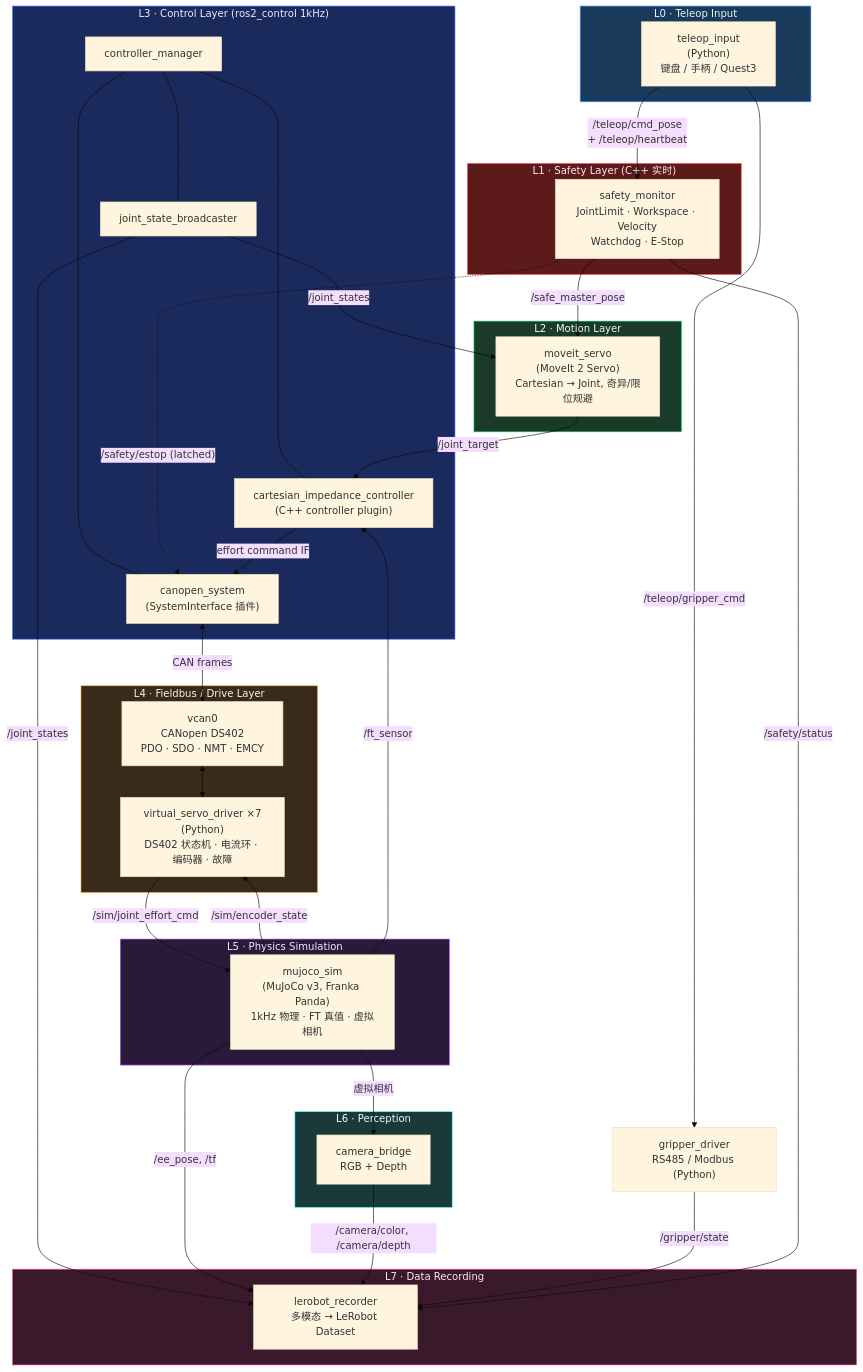
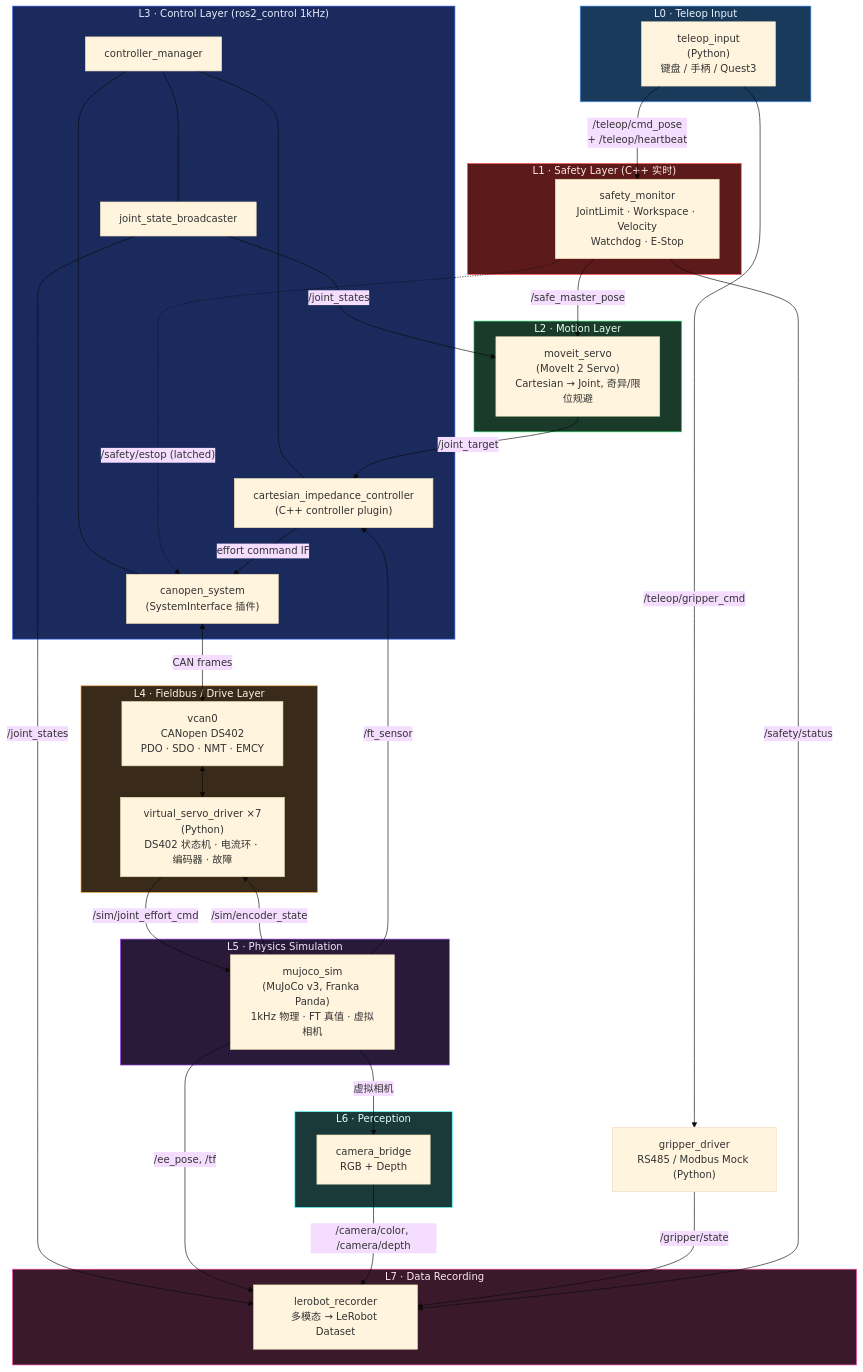
The first of 5 diagrams in docs/ARCHITECTURE_V2.md (inayina/ros2-arm-teleoperation-suite), drawn with Mermaid (base theme) before and after one commit. The commit also changed other lines of this file and 5 other files, not shown here.

````diff
--- a/docs/ARCHITECTURE_V2.md
+++ b/docs/ARCHITECTURE_V2.md
@@ -33,71 +33,71 @@
 ```mermaid
 flowchart TB
     subgraph L0["L0 · Teleop Input"]
         TI["teleop_input<br/>(Python)<br/>键盘 / 手柄 / Quest3"]
     end
 
     subgraph L1["L1 · Safety Layer (C++ 实时)"]
         SM["safety_monitor<br/>JointLimit · Workspace · Velocity<br/>Watchdog · E-Stop"]
     end
 
     subgraph L2["L2 · Motion Layer"]
         SV["moveit_servo<br/>(MoveIt 2 Servo)<br/>Cartesian → Joint, 奇异/限位规避"]
     end
 
     subgraph L3["L3 · Control Layer (ros2_control 1kHz)"]
         CM["controller_manager"]
         IMP["cartesian_impedance_controller<br/>(C++ controller plugin)"]
         JSB["joint_state_broadcaster"]
         HW["canopen_system<br/>(SystemInterface 插件)"]
         CM --- IMP
         CM --- JSB
         CM --- HW
     end
 
     subgraph L4["L4 · Fieldbus / Drive Layer"]
         VCAN["vcan0<br/>CANopen DS402<br/>PDO · SDO · NMT · EMCY"]
         VSD["virtual_servo_driver ×7<br/>(Python)<br/>DS402 状态机 · 电流环 · 编码器 · 故障"]
         VCAN <--> VSD
     end
 
     subgraph L5["L5 · Physics Simulation"]
         MJ["mujoco_sim<br/>(MuJoCo v3, Franka Panda)<br/>1kHz 物理 · FT 真值 · 虚拟相机"]
     end
 
     subgraph L6["L6 · Perception"]
         CAM["camera_bridge<br/>RGB + Depth"]
     end
 
     subgraph L7["L7 · Data Recording"]
         REC["lerobot_recorder<br/>多模态 → LeRobot Dataset"]
     end
 
-    GR["gripper_driver<br/>RS485 / Modbus (Python)"]
+    GR["gripper_driver<br/>RS485 / Modbus Mock (Python)"]
 
     TI -->|"/teleop/cmd_pose<br/>+ /teleop/heartbeat"| SM
     SM -->|"/safe_master_pose"| SV
     SM -.->|"/safety/estop (latched)"| HW
     SV -->|"/joint_target"| IMP
     IMP -->|"effort command IF"| HW
     JSB -->|"/joint_states"| SV
     JSB -->|"/joint_states"| REC
     HW <-->|"CAN frames"| VCAN
     VSD -->|"/sim/joint_effort_cmd"| MJ
     MJ -->|"/sim/encoder_state"| VSD
     MJ -->|"/ft_sensor"| IMP
     MJ -->|"虚拟相机"| CAM
     MJ -->|"/ee_pose, /tf"| REC
     CAM -->|"/camera/color, /camera/depth"| REC
     TI -->|"/teleop/gripper_cmd"| GR
     GR -->|"/gripper/state"| REC
     SM -->|"/safety/status"| REC
 
     style L0 fill:#1a3a5c,stroke:#4a9eff,color:#e8f4fd
     style L1 fill:#5c1a1a,stroke:#ff4a4a,color:#fde8e8
     style L2 fill:#1a3a2a,stroke:#4aff8a,color:#e8fdf0
     style L3 fill:#1a2a5c,stroke:#4a7aff,color:#e8eefd
     style L4 fill:#3a2a1a,stroke:#ffaa4a,color:#fdf3e8
     style L5 fill:#2a1a3a,stroke:#aa4aff,color:#f3e8fd
     style L6 fill:#1a3a3a,stroke:#4affff,color:#e8fdfd
     style L7 fill:#3a1a2a,stroke:#ff4aaa,color:#fde8f3
 ```
````
